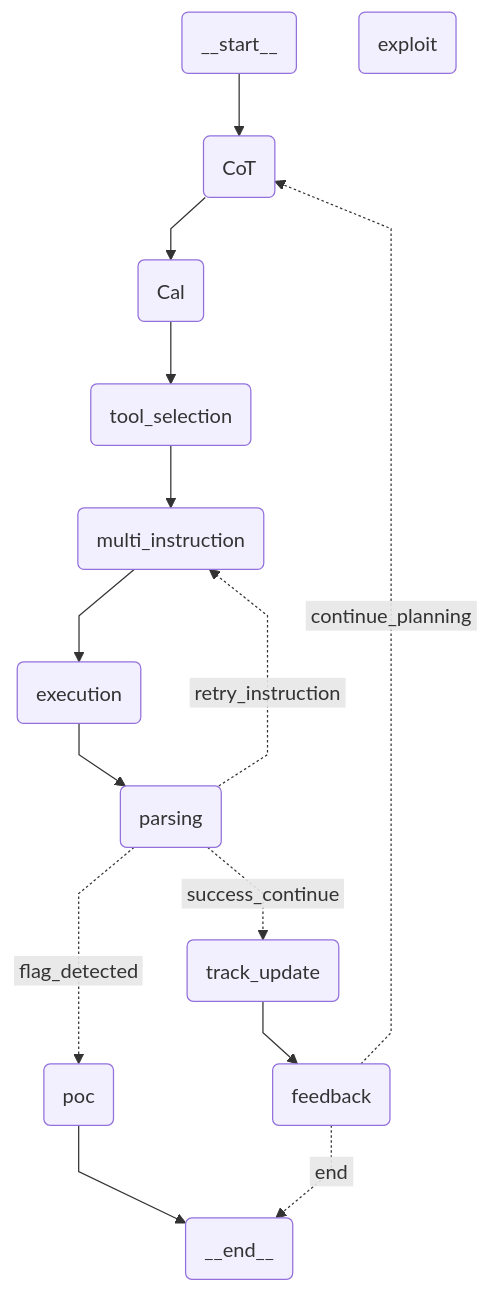
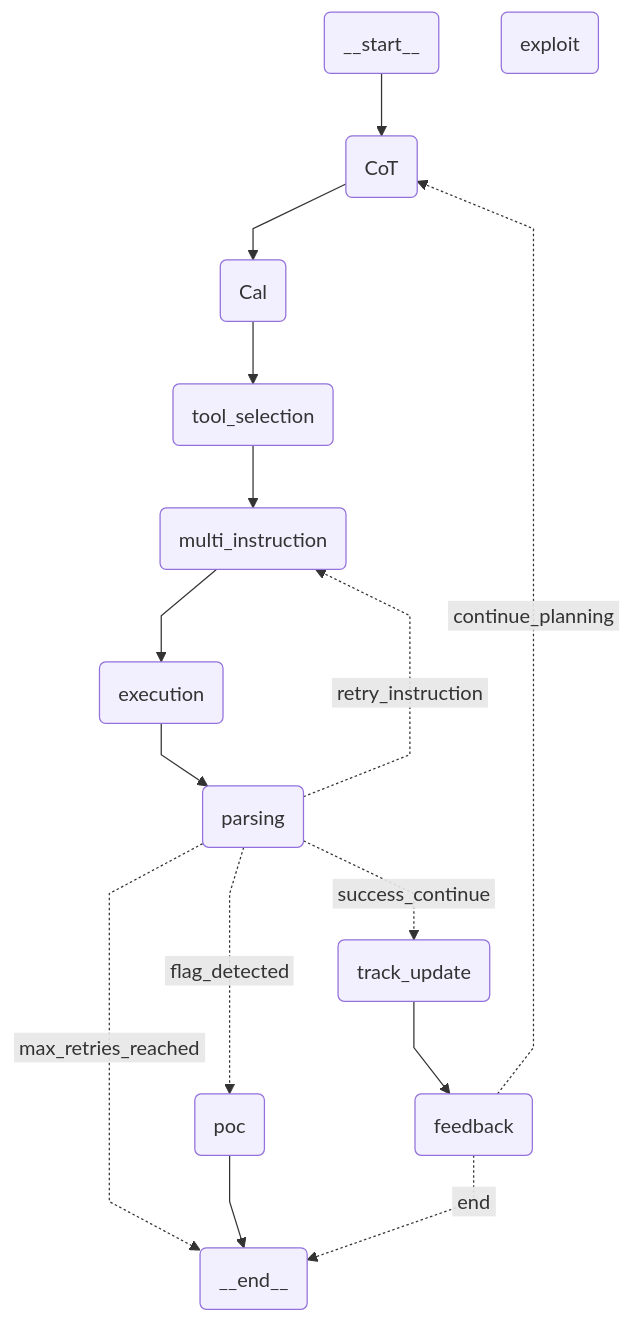
Before and after one commit to JungWooJJING/LLM_Solver: the diagram in langgraph/artifacts/loop_workflow_mermaid.md, drawn with Mermaid. The commit also changed 12 other files, not shown here.

````diff
--- a/langgraph/artifacts/loop_workflow_mermaid.md
+++ b/langgraph/artifacts/loop_workflow_mermaid.md
@@ -3,37 +3,38 @@
 ```mermaid
 ---
 config:
   flowchart:
     curve: linear
 ---
 graph TD;
 	__start__(<p>__start__</p>)
 	CoT(CoT)
 	Cal(Cal)
 	tool_selection(tool_selection)
 	multi_instruction(multi_instruction)
 	execution(execution)
 	parsing(parsing)
 	track_update(track_update)
 	feedback(feedback)
 	exploit(exploit)
 	poc(poc)
 	__end__(<p>__end__</p>)
 	Cal --> tool_selection;
 	CoT --> Cal;
 	__start__ --> CoT;
 	execution --> parsing;
 	feedback -. &nbsp;continue_planning&nbsp; .-> CoT;
 	feedback -. &nbsp;end&nbsp; .-> __end__;
 	multi_instruction --> execution;
+	parsing -. &nbsp;max_retries_reached&nbsp; .-> __end__;
 	parsing -. &nbsp;retry_instruction&nbsp; .-> multi_instruction;
 	parsing -. &nbsp;flag_detected&nbsp; .-> poc;
 	parsing -. &nbsp;success_continue&nbsp; .-> track_update;
 	tool_selection --> multi_instruction;
 	track_update --> feedback;
 	poc --> __end__;
 	classDef default fill:#f2f0ff,line-height:1.2
 	classDef first fill-opacity:0
 	classDef last fill:#bfb6fc
 
 ```
````
